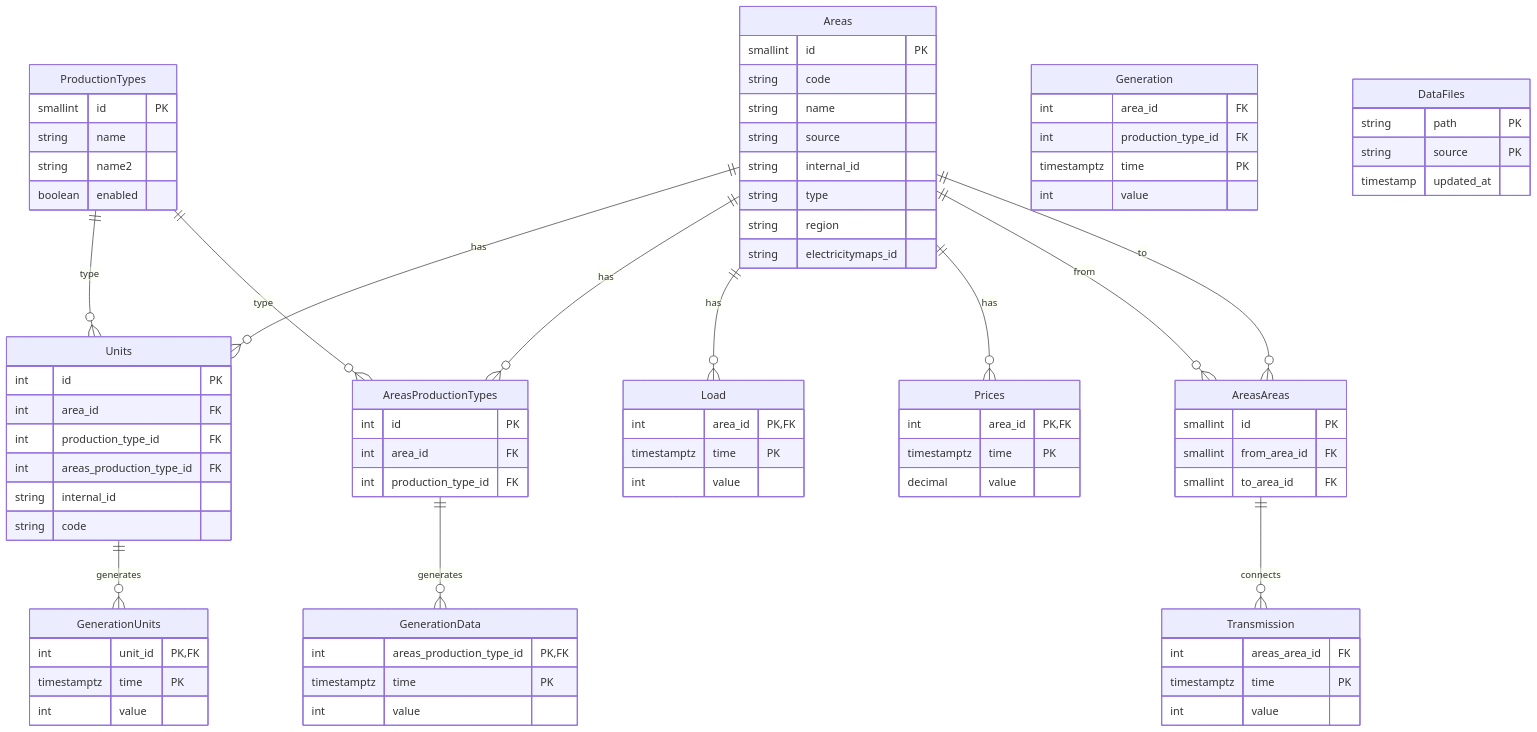
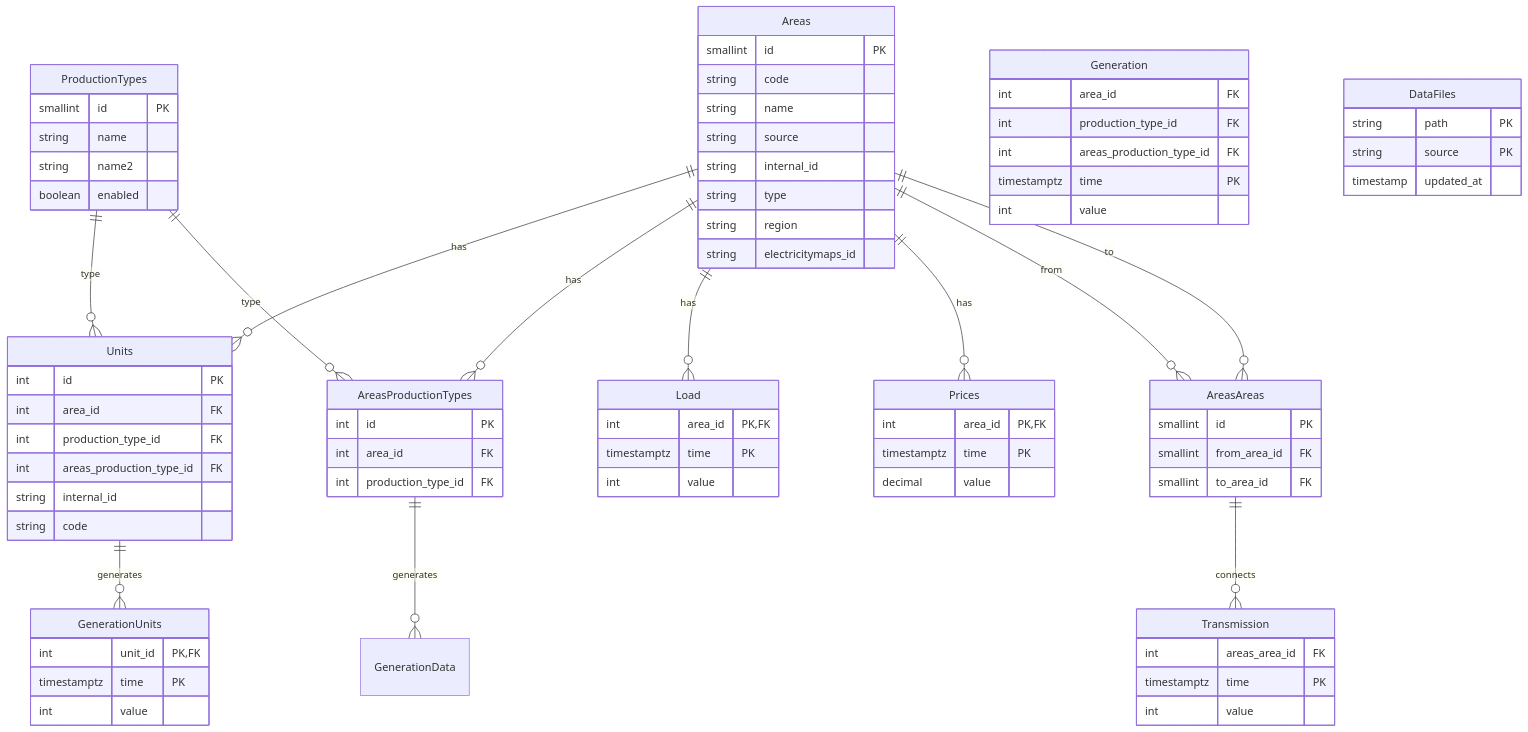
One commit to intermittentnrg/intermittent-importers changed the diagram in README.md. Above: the diagram before and after it, drawn with Mermaid.

Commit message:
Remove GenerationData to avoid ambiguity

```diff
--- a/README.md
+++ b/README.md
@@ -206,14 +206,10 @@
         timestamptz time PK
         int value
     }
-    GenerationData {
-        int areas_production_type_id PK,FK
-        timestamptz time PK
-        int value
-    }
     Generation {
         int area_id FK
         int production_type_id FK
+        int areas_production_type_id FK
         timestamptz time PK
         int value
     }
```
